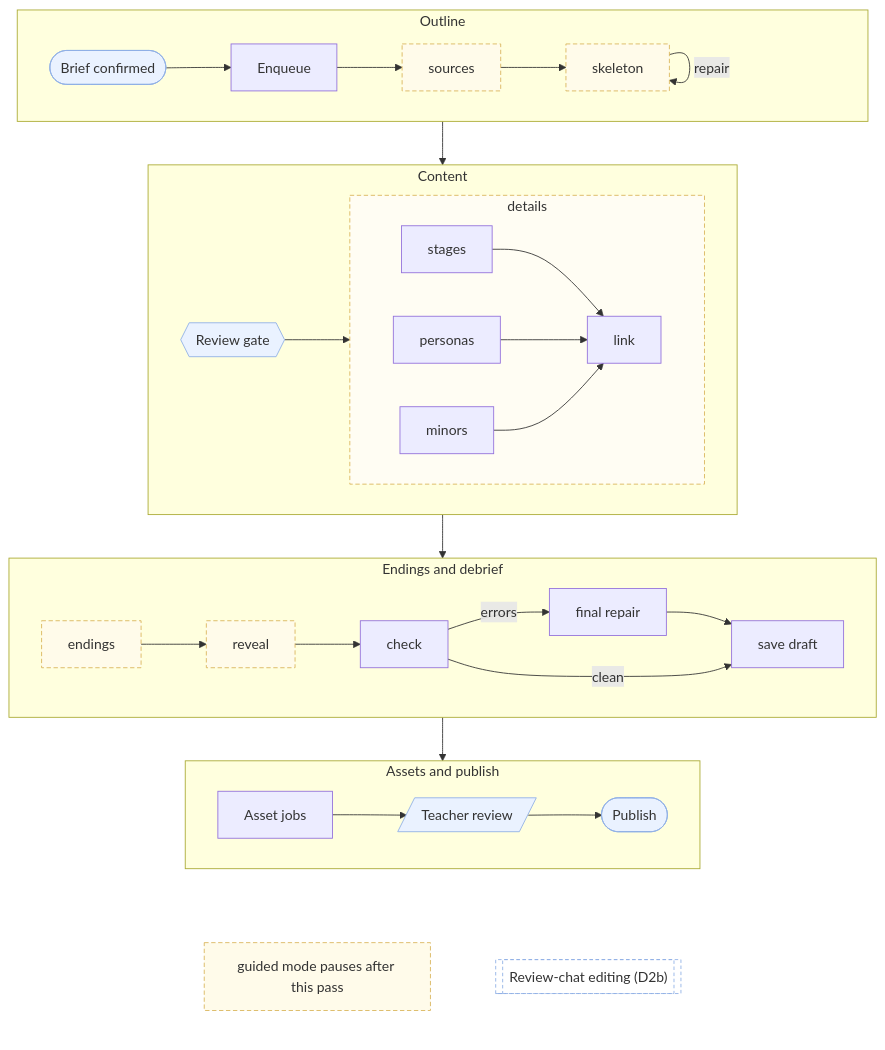
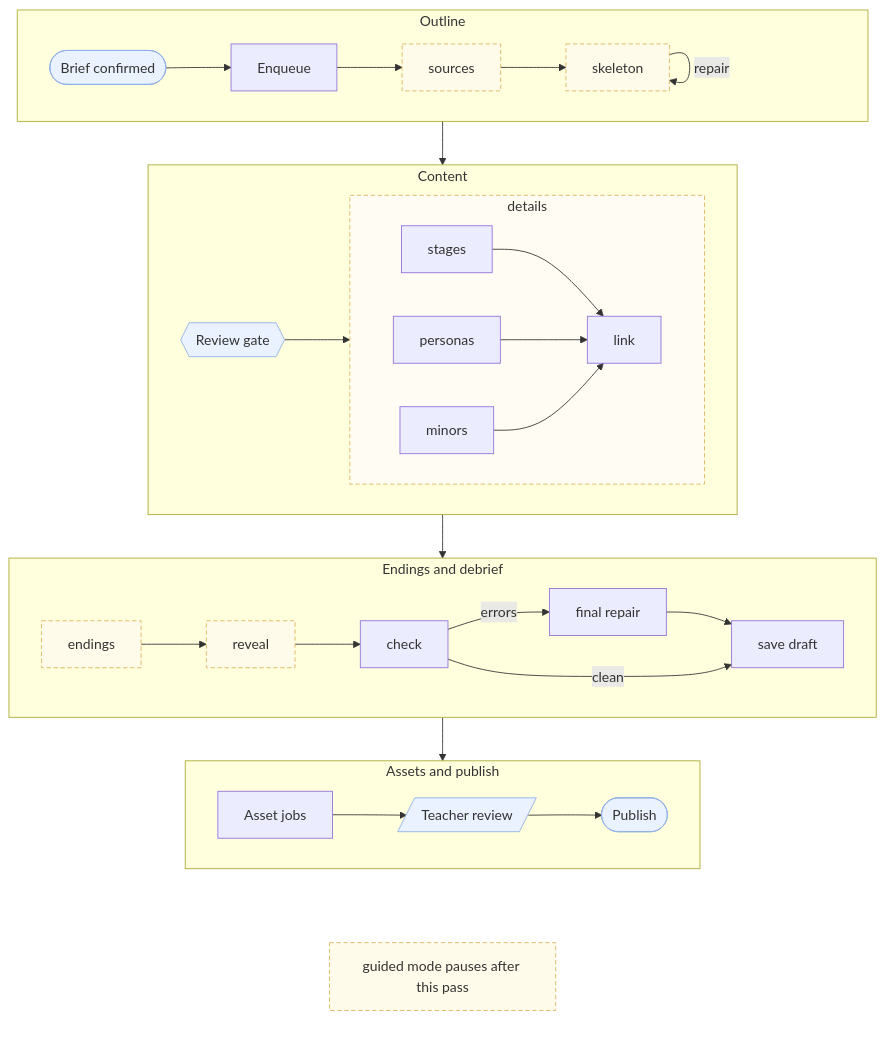
The diagram in docs/diagrams/d2-generation-pipeline.mmd (damiancxliew/CS3216_Assignment3), drawn with Mermaid before and after one commit. The commit also changed 4 other files, not shown here.

Commit message:
docs: drop cross-diagram references from D2 and D2b-1

```diff
--- a/docs/diagrams/d2-generation-pipeline.mmd
+++ b/docs/diagrams/d2-generation-pipeline.mmd
@@ -1,48 +1,44 @@
 %% D2: v3 generation job. Node notes: NOTES.md
 flowchart TB
   subgraph R1["Outline"]
     direction LR
     BRIEF(["Brief confirmed"]) --> ENQ["Enqueue"] --> SRC["sources"] --> SK["skeleton"]
     SK -->|repair| SK
   end
 
   subgraph R2["Content"]
     direction LR
     GATE{{"Review gate"}}
     subgraph DET["details"]
       direction LR
       ST["stages"] & PE["personas"] & MI["minors"] --> LK["link"]
     end
     GATE --> DET
   end
 
   subgraph R3["Endings and debrief"]
     direction LR
     END["endings"] --> RV["reveal"] --> CHK["check"]
     CHK -->|errors| FR["final repair"] --> SAVE
     CHK -->|clean| SAVE["save draft"]
   end
 
   subgraph R4["Assets and publish"]
     direction LR
     ASSETS["Asset jobs"] --> REV[/"Teacher review"/] --> PUB(["Publish"])
   end
 
   R1 --> R2 --> R3 --> R4
 
   subgraph KEY[" "]
     direction LR
     K1["guided mode pauses after this pass"]
-    D2B[["Review-chat editing (D2b)"]]
-    K1 ~~~ D2B
   end
   R4 ~~~ KEY
 
   classDef actor fill:#eaf2ff,stroke:#8fb0e6
-  classDef xref fill:#ffffff,stroke:#8fb0e6,stroke-dasharray:4 3
   class BRIEF,GATE,REV,PUB actor
   classDef guided fill:#fffbea,stroke:#d9b55a,stroke-dasharray:5 3
   class SRC,SK,END,RV,K1 guided
   style DET fill:#fffdf3,stroke:#d9b55a,stroke-dasharray:5 3
-  class D2B xref
   style KEY fill:#ffffff,stroke:#ffffff
```
